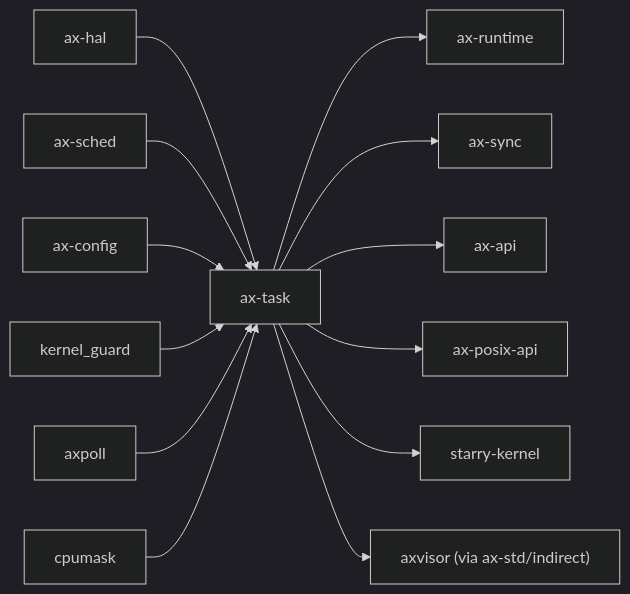
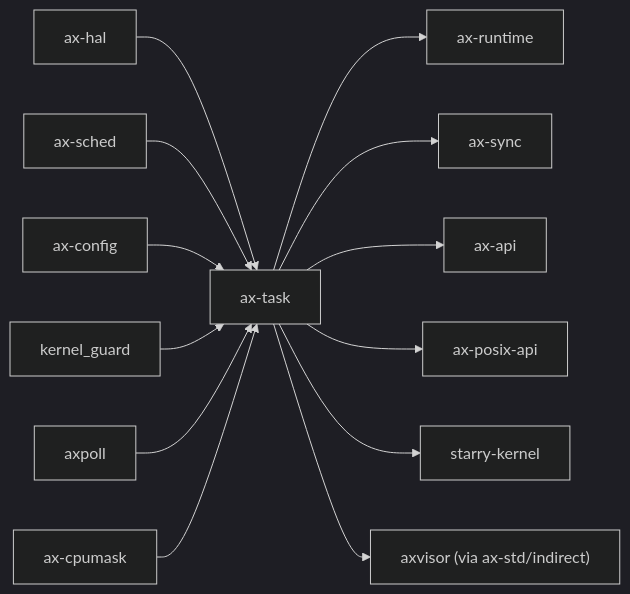
The second of 2 diagrams in docs/crates/ax-task.md (zKurisu/tgoskits), drawn with Mermaid (dark theme) before and after one commit. The commit also changed other lines of this file and 22 other files, not shown here.

````diff
--- a/docs/crates/ax-task.md
+++ b/docs/crates/ax-task.md
@@ -122,16 +122,16 @@
 ```mermaid
 graph LR
     ax-hal["ax-hal"] --> ax-task["ax-task"]
     axsched["ax-sched"] --> ax-task
     axconfig["ax-config"] --> ax-task
     kernel_guard["kernel_guard"] --> ax-task
     axpoll["axpoll"] --> ax-task
-    cpumask["cpumask"] --> ax-task
+    ax_cpumask["ax-cpumask"] --> ax-task
 
     ax-task --> ax-runtime["ax-runtime"]
     ax-task --> ax-sync["ax-sync"]
     ax-task --> ax-api["ax-api"]
     ax-task --> ax-posix-api["ax-posix-api"]
     ax-task --> starry["starry-kernel"]
     ax-task --> axvisor["axvisor (via ax-std/indirect)"]
 ```
````
